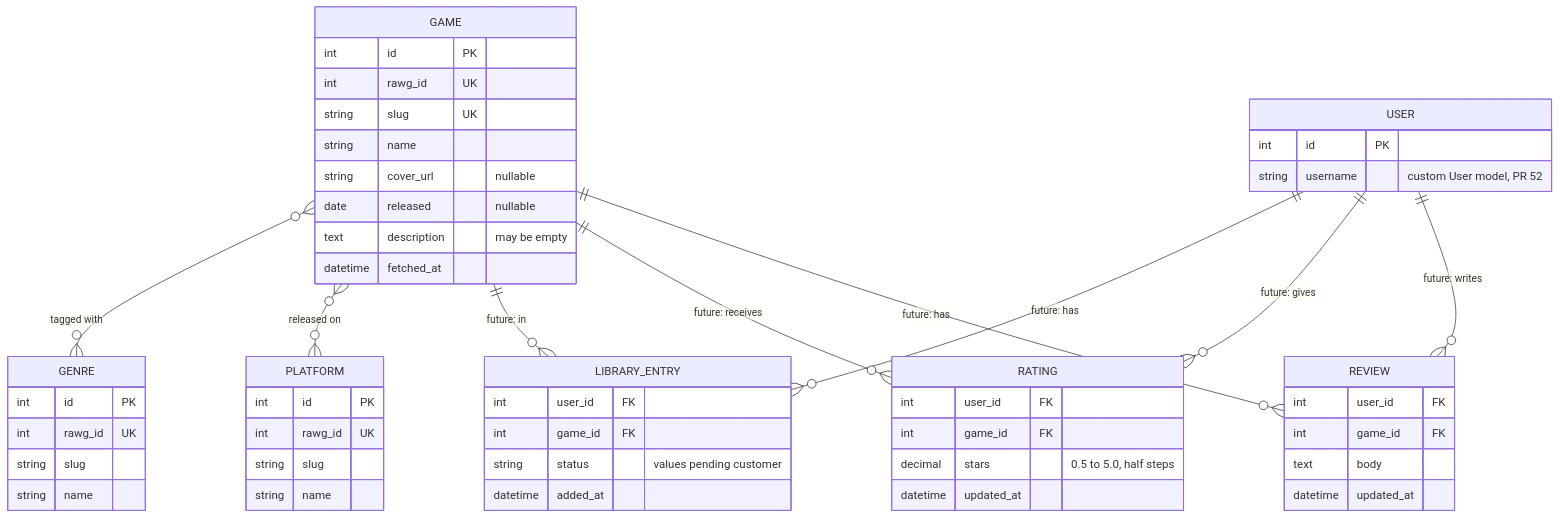
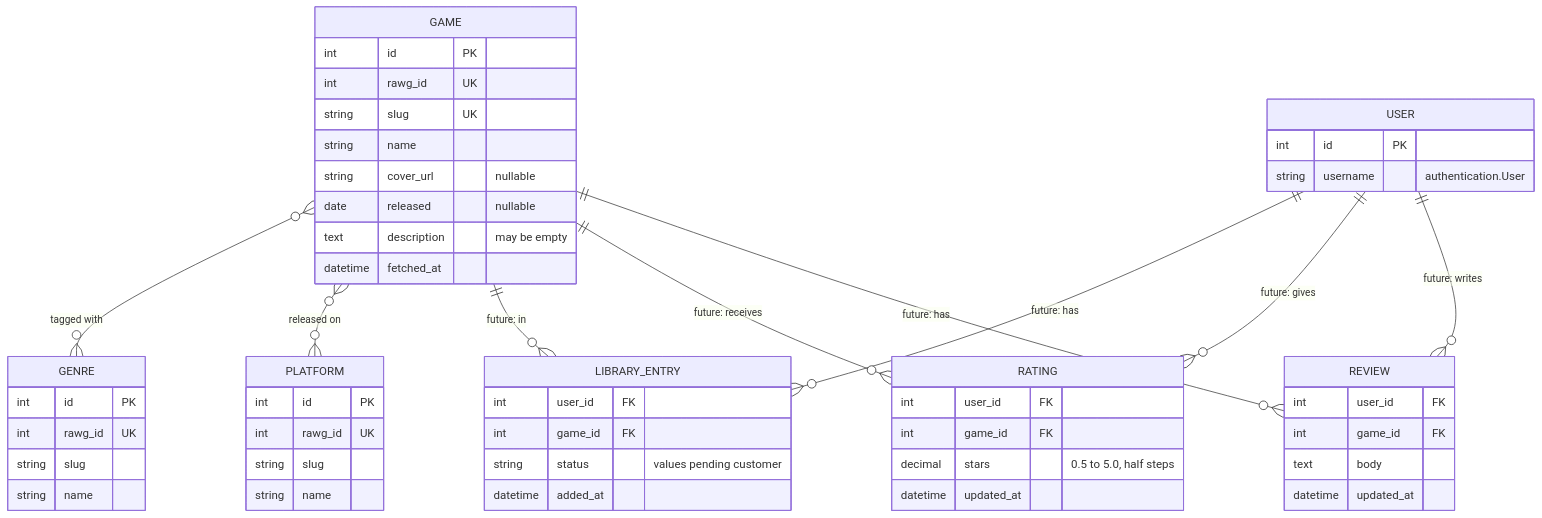
The first of 4 diagrams in docs/design/game-catalog.md (CS4300-CS5300-FA26/team-5), drawn with Mermaid before and after one commit. The commit also changed 1 other file, not shown here.

Commit message:
Keep the AI usage log table intact after merging main

````diff
--- a/docs/design/game-catalog.md
+++ b/docs/design/game-catalog.md
@@ -52,55 +52,55 @@
 ```mermaid
 erDiagram
   GAME }o--o{ GENRE : "tagged with"
   GAME }o--o{ PLATFORM : "released on"
   USER ||--o{ LIBRARY_ENTRY : "future: has"
   GAME ||--o{ LIBRARY_ENTRY : "future: in"
   USER ||--o{ RATING : "future: gives"
   GAME ||--o{ RATING : "future: receives"
   USER ||--o{ REVIEW : "future: writes"
   GAME ||--o{ REVIEW : "future: has"
   GAME {
     int id PK
     int rawg_id UK
     string slug UK
     string name
     string cover_url "nullable"
     date released "nullable"
     text description "may be empty"
     datetime fetched_at
   }
   GENRE {
     int id PK
     int rawg_id UK
     string slug
     string name
   }
   PLATFORM {
     int id PK
     int rawg_id UK
     string slug
     string name
   }
   USER {
     int id PK
-    string username "custom User model, PR 52"
+    string username "authentication.User"
   }
   LIBRARY_ENTRY {
     int user_id FK
     int game_id FK
     string status "values pending customer"
     datetime added_at
   }
   RATING {
     int user_id FK
     int game_id FK
     decimal stars "0.5 to 5.0, half steps"
     datetime updated_at
   }
   REVIEW {
     int user_id FK
     int game_id FK
     text body
     datetime updated_at
   }
 ```
````
